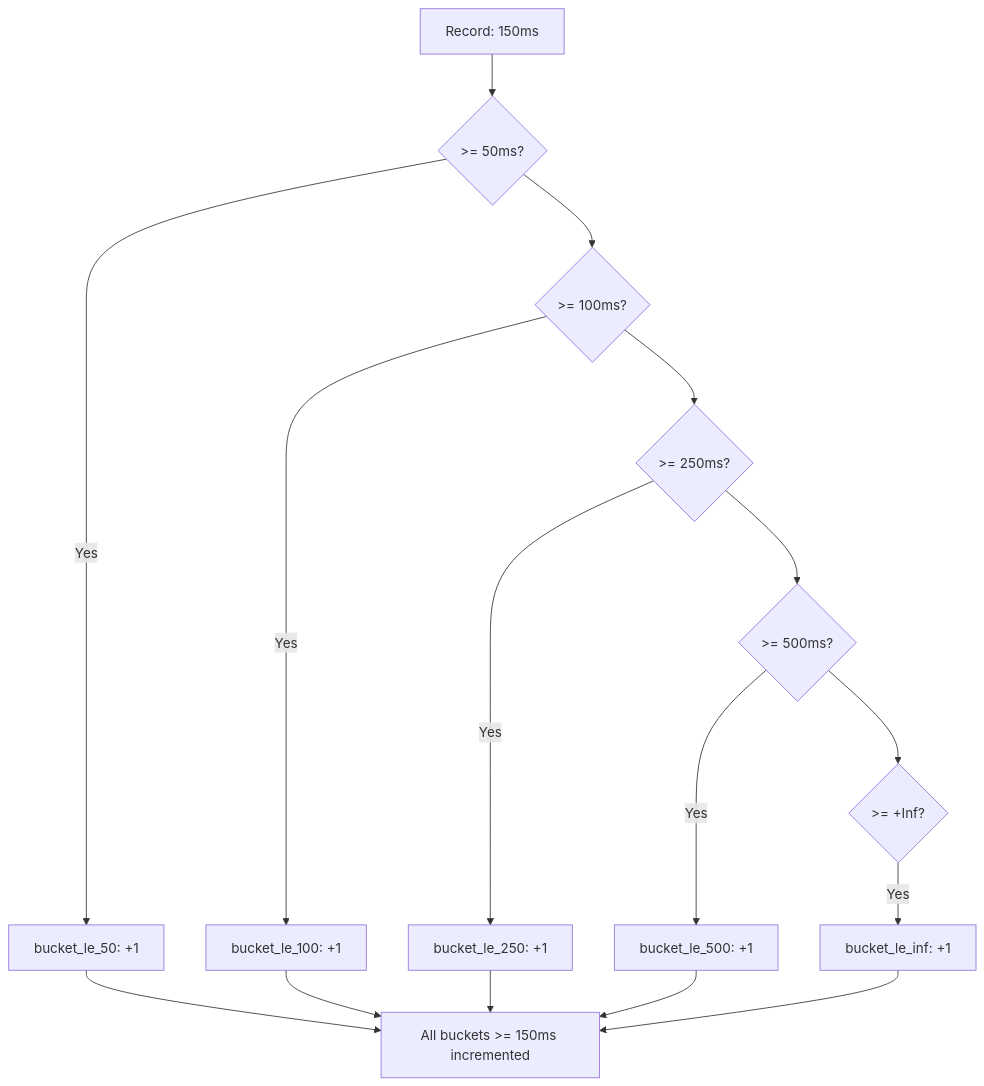
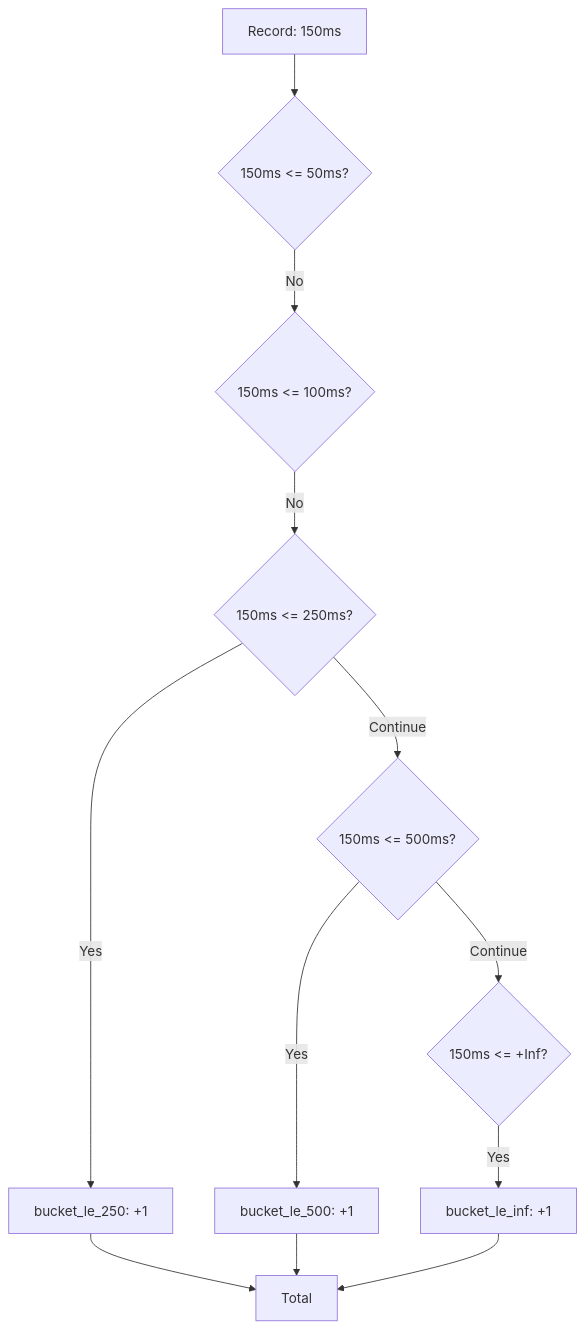
The second of 4 diagrams in posts/2026-01-30-histogram-metrics-design-details/README.md (OneUptime/blog), drawn with Mermaid before and after one commit. The commit also changed other lines of this file and 2 other files, not shown here.

````diff
--- a/posts/2026-01-30-histogram-metrics-design-details/README.md
+++ b/posts/2026-01-30-histogram-metrics-design-details/README.md
@@ -47,19 +47,15 @@
 ```mermaid
 flowchart TB
-    Observation["Record: 150ms"] --> Check1{">= 50ms?"}
-    Check1 -->|Yes| Inc1["bucket_le_50: +1"]
-    Check1 --> Check2{">= 100ms?"}
-    Check2 -->|Yes| Inc2["bucket_le_100: +1"]
-    Check2 --> Check3{">= 250ms?"}
+    Observation["Record: 150ms"] --> Check1{"150ms <= 50ms?"}
+    Check1 -->|No| Check2{"150ms <= 100ms?"}
+    Check2 -->|No| Check3{"150ms <= 250ms?"}
     Check3 -->|Yes| Inc3["bucket_le_250: +1"]
-    Check3 --> Check4{">= 500ms?"}
+    Check3 -->|Continue| Check4{"150ms <= 500ms?"}
     Check4 -->|Yes| Inc4["bucket_le_500: +1"]
-    Check4 --> Check5{">= +Inf?"}
+    Check4 -->|Continue| Check5{"150ms <= +Inf?"}
     Check5 -->|Yes| Inc5["bucket_le_inf: +1"]
 
-    Inc1 --> Total["All buckets >= 150ms incremented"]
-    Inc2 --> Total
     Inc3 --> Total
     Inc4 --> Total
     Inc5 --> Total
 ```
````
